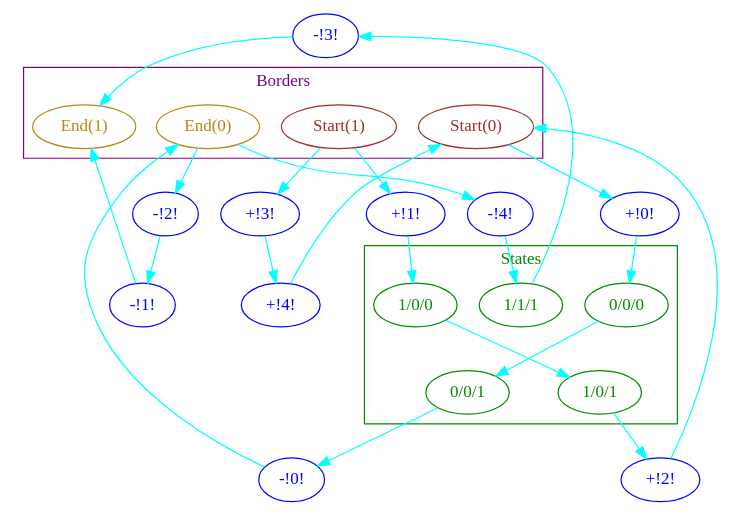
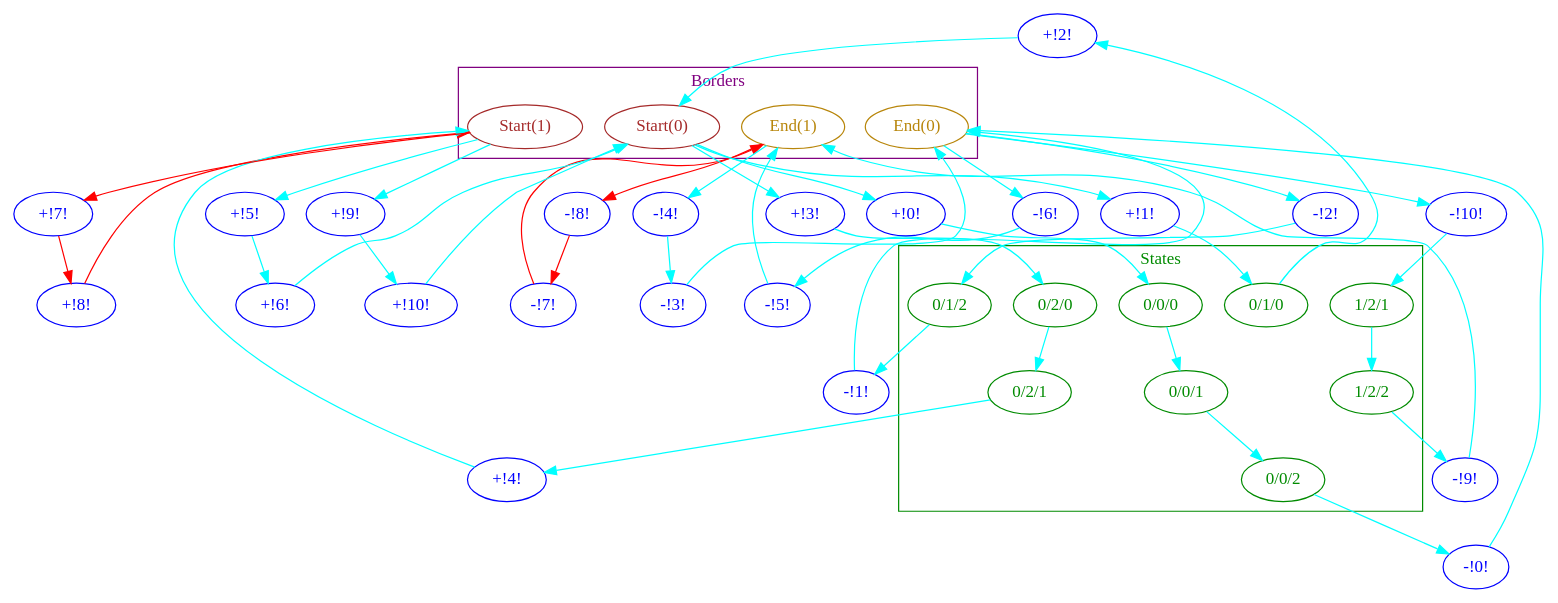
Before and after one commit to cosmicexplorer/simultaneous-productions: the diagram in graphviz-test-new.dot, drawn with Graphviz. The commit also changed 4 other files, not shown here.

Commit message:
set up for graphviz of parse

```diff
--- a/graphviz-test-new.dot
+++ b/graphviz-test-new.dot
@@ -1,93 +1,165 @@
 digraph test_graph {
   compound = true;
 
-  epsilon_graph_vertex_phase_2_1[label="+!0!", color="blue", fontcolor="blue", ];
+  cyclic_epsilon_graph_vertex_1[label="+!7!", color="blue", fontcolor="blue", ];
 
-  epsilon_graph_vertex_phase_2_4[label="+!1!", color="blue", fontcolor="blue", ];
+  cyclic_epsilon_graph_vertex_2[label="+!8!", color="blue", fontcolor="blue", ];
 
-  epsilon_graph_vertex_phase_2_9[label="-!3!", color="blue", fontcolor="blue", ];
+  cyclic_epsilon_graph_vertex_4[label="-!8!", color="blue", fontcolor="blue", ];
 
-  epsilon_graph_vertex_phase_2_11[label="-!0!", color="blue", fontcolor="blue", ];
+  cyclic_epsilon_graph_vertex_5[label="-!7!", color="blue", fontcolor="blue", ];
 
-  epsilon_graph_vertex_phase_2_13[label="+!3!", color="blue", fontcolor="blue", ];
+  cyclic_epsilon_graph_vertex_7[label="+!2!", color="blue", fontcolor="blue", ];
 
-  epsilon_graph_vertex_phase_2_14[label="+!4!", color="blue", fontcolor="blue", ];
+  cyclic_epsilon_graph_vertex_9[label="+!1!", color="blue", fontcolor="blue", ];
 
-  epsilon_graph_vertex_phase_2_15[label="-!4!", color="blue", fontcolor="blue", ];
+  cyclic_epsilon_graph_vertex_11[label="-!1!", color="blue", fontcolor="blue", ];
 
-  epsilon_graph_vertex_phase_2_16[label="+!2!", color="blue", fontcolor="blue", ];
+  cyclic_epsilon_graph_vertex_13[label="-!2!", color="blue", fontcolor="blue", ];
 
-  epsilon_graph_vertex_phase_2_17[label="-!2!", color="blue", fontcolor="blue", ];
+  cyclic_epsilon_graph_vertex_14[label="-!4!", color="blue", fontcolor="blue", ];
 
-  epsilon_graph_vertex_phase_2_18[label="-!1!", color="blue", fontcolor="blue", ];
+  cyclic_epsilon_graph_vertex_15[label="-!3!", color="blue", fontcolor="blue", ];
+
+  cyclic_epsilon_graph_vertex_16[label="-!6!", color="blue", fontcolor="blue", ];
+
+  cyclic_epsilon_graph_vertex_17[label="-!5!", color="blue", fontcolor="blue", ];
+
+  epsilon_graph_vertex_phase_2_0[label="+!0!", color="blue", fontcolor="blue", ];
+
+  epsilon_graph_vertex_phase_2_2[label="+!3!", color="blue", fontcolor="blue", ];
+
+  epsilon_graph_vertex_phase_2_9[label="+!5!", color="blue", fontcolor="blue", ];
+
+  epsilon_graph_vertex_phase_2_10[label="+!6!", color="blue", fontcolor="blue", ];
+
+  epsilon_graph_vertex_phase_2_11[label="+!9!", color="blue", fontcolor="blue", ];
+
+  epsilon_graph_vertex_phase_2_12[label="+!10!", color="blue", fontcolor="blue", ];
+
+  epsilon_graph_vertex_phase_2_13[label="-!9!", color="blue", fontcolor="blue", ];
+
+  epsilon_graph_vertex_phase_2_14[label="-!0!", color="blue", fontcolor="blue", ];
+
+  epsilon_graph_vertex_phase_2_15[label="-!10!", color="blue", fontcolor="blue", ];
+
+  epsilon_graph_vertex_phase_2_16[label="+!4!", color="blue", fontcolor="blue", ];
 
   subgraph border_vertices {
     label = "Borders";
     cluster = true;
     rank = same;
 
     color = "purple";
     fontcolor = "purple";
 
-    epsilon_graph_vertex_phase_2_0[label="Start(0)", color="brown", fontcolor="brown", ];
-    epsilon_graph_vertex_phase_2_3[label="Start(1)", color="brown", fontcolor="brown", ];
-    epsilon_graph_vertex_phase_2_10[label="End(1)", color="darkgoldenrod", fontcolor="darkgoldenrod", ];
-    epsilon_graph_vertex_phase_2_12[label="End(0)", color="darkgoldenrod", fontcolor="darkgoldenrod", ];
+    cyclic_epsilon_graph_vertex_0[label="Start(1)", color="brown", fontcolor="brown", ];
+    cyclic_epsilon_graph_vertex_3[label="End(1)", color="darkgoldenrod", fontcolor="darkgoldenrod", ];
+    cyclic_epsilon_graph_vertex_8[label="Start(0)", color="brown", fontcolor="brown", ];
+    cyclic_epsilon_graph_vertex_12[label="End(0)", color="darkgoldenrod", fontcolor="darkgoldenrod", ];
   }
 
   subgraph state_vertices {
     label = "States";
     cluster = true;
     rank = same;
 
     color = "green4";
     fontcolor = "green4";
     node [color="green4", fontcolor="green4", ];
 
-    epsilon_graph_vertex_phase_2_2[label="0/0/0", ];
-    epsilon_graph_vertex_phase_2_5[label="1/0/0", ];
-    epsilon_graph_vertex_phase_2_6[label="0/0/1", ];
-    epsilon_graph_vertex_phase_2_7[label="1/0/1", ];
-    epsilon_graph_vertex_phase_2_8[label="1/1/1", ];
+    cyclic_epsilon_graph_vertex_6[label="0/1/0", ];
+    cyclic_epsilon_graph_vertex_10[label="0/1/2", ];
+    epsilon_graph_vertex_phase_2_1[label="0/0/0", ];
+    epsilon_graph_vertex_phase_2_3[label="0/2/0", ];
+    epsilon_graph_vertex_phase_2_4[label="0/0/1", ];
+    epsilon_graph_vertex_phase_2_5[label="0/2/1", ];
+    epsilon_graph_vertex_phase_2_6[label="1/2/1", ];
+    epsilon_graph_vertex_phase_2_7[label="1/2/2", ];
+    epsilon_graph_vertex_phase_2_8[label="0/0/2", ];
   }
+
+  cyclic_epsilon_graph_vertex_8 -> epsilon_graph_vertex_phase_2_0[color="aqua", ];
 
   epsilon_graph_vertex_phase_2_0 -> epsilon_graph_vertex_phase_2_1[color="aqua", ];
 
-  epsilon_graph_vertex_phase_2_1 -> epsilon_graph_vertex_phase_2_2[color="aqua", ];
+  cyclic_epsilon_graph_vertex_8 -> cyclic_epsilon_graph_vertex_9[color="aqua", ];
 
-  epsilon_graph_vertex_phase_2_3 -> epsilon_graph_vertex_phase_2_4[color="aqua", ];
+  cyclic_epsilon_graph_vertex_9 -> cyclic_epsilon_graph_vertex_6[color="aqua", ];
 
-  epsilon_graph_vertex_phase_2_4 -> epsilon_graph_vertex_phase_2_5[color="aqua", ];
+  cyclic_epsilon_graph_vertex_8 -> epsilon_graph_vertex_phase_2_2[color="aqua", ];
 
-  epsilon_graph_vertex_phase_2_2 -> epsilon_graph_vertex_phase_2_6[color="aqua", ];
+  epsilon_graph_vertex_phase_2_2 -> epsilon_graph_vertex_phase_2_3[color="aqua", ];
 
-  epsilon_graph_vertex_phase_2_5 -> epsilon_graph_vertex_phase_2_7[color="aqua", ];
+  epsilon_graph_vertex_phase_2_1 -> epsilon_graph_vertex_phase_2_4[color="aqua", ];
 
-  epsilon_graph_vertex_phase_2_8 -> epsilon_graph_vertex_phase_2_9[color="aqua", ];
+  epsilon_graph_vertex_phase_2_3 -> epsilon_graph_vertex_phase_2_5[color="aqua", ];
+
+  epsilon_graph_vertex_phase_2_6 -> epsilon_graph_vertex_phase_2_7[color="aqua", ];
+
+  epsilon_graph_vertex_phase_2_4 -> epsilon_graph_vertex_phase_2_8[color="aqua", ];
+
+  cyclic_epsilon_graph_vertex_10 -> cyclic_epsilon_graph_vertex_11[color="aqua", ];
+
+  cyclic_epsilon_graph_vertex_11 -> cyclic_epsilon_graph_vertex_12[color="aqua", ];
+
+  cyclic_epsilon_graph_vertex_0 -> epsilon_graph_vertex_phase_2_9[color="aqua", ];
 
   epsilon_graph_vertex_phase_2_9 -> epsilon_graph_vertex_phase_2_10[color="aqua", ];
 
-  epsilon_graph_vertex_phase_2_6 -> epsilon_graph_vertex_phase_2_11[color="aqua", ];
+  epsilon_graph_vertex_phase_2_10 -> cyclic_epsilon_graph_vertex_8[color="aqua", ];
+
+  cyclic_epsilon_graph_vertex_0 -> epsilon_graph_vertex_phase_2_11[color="aqua", ];
 
   epsilon_graph_vertex_phase_2_11 -> epsilon_graph_vertex_phase_2_12[color="aqua", ];
 
-  epsilon_graph_vertex_phase_2_3 -> epsilon_graph_vertex_phase_2_13[color="aqua", ];
+  epsilon_graph_vertex_phase_2_12 -> cyclic_epsilon_graph_vertex_8[color="aqua", ];
 
-  epsilon_graph_vertex_phase_2_13 -> epsilon_graph_vertex_phase_2_14[color="aqua", ];
+  epsilon_graph_vertex_phase_2_7 -> epsilon_graph_vertex_phase_2_13[color="aqua", ];
 
-  epsilon_graph_vertex_phase_2_14 -> epsilon_graph_vertex_phase_2_0[color="aqua", ];
+  epsilon_graph_vertex_phase_2_13 -> cyclic_epsilon_graph_vertex_3[color="aqua", ];
 
-  epsilon_graph_vertex_phase_2_12 -> epsilon_graph_vertex_phase_2_15[color="aqua", ];
+  epsilon_graph_vertex_phase_2_8 -> epsilon_graph_vertex_phase_2_14[color="aqua", ];
 
-  epsilon_graph_vertex_phase_2_15 -> epsilon_graph_vertex_phase_2_8[color="aqua", ];
+  epsilon_graph_vertex_phase_2_14 -> cyclic_epsilon_graph_vertex_12[color="aqua", ];
 
-  epsilon_graph_vertex_phase_2_7 -> epsilon_graph_vertex_phase_2_16[color="aqua", ];
+  cyclic_epsilon_graph_vertex_6 -> cyclic_epsilon_graph_vertex_7[color="aqua", ];
 
-  epsilon_graph_vertex_phase_2_16 -> epsilon_graph_vertex_phase_2_0[color="aqua", ];
+  cyclic_epsilon_graph_vertex_7 -> cyclic_epsilon_graph_vertex_8[color="aqua", ];
 
-  epsilon_graph_vertex_phase_2_12 -> epsilon_graph_vertex_phase_2_17[color="aqua", ];
+  cyclic_epsilon_graph_vertex_12 -> epsilon_graph_vertex_phase_2_15[color="aqua", ];
 
-  epsilon_graph_vertex_phase_2_17 -> epsilon_graph_vertex_phase_2_18[color="aqua", ];
+  epsilon_graph_vertex_phase_2_15 -> epsilon_graph_vertex_phase_2_6[color="aqua", ];
 
-  epsilon_graph_vertex_phase_2_18 -> epsilon_graph_vertex_phase_2_10[color="aqua", ];
+  cyclic_epsilon_graph_vertex_12 -> cyclic_epsilon_graph_vertex_16[color="aqua", ];
+
+  cyclic_epsilon_graph_vertex_16 -> cyclic_epsilon_graph_vertex_17[color="aqua", ];
+
+  cyclic_epsilon_graph_vertex_17 -> cyclic_epsilon_graph_vertex_3[color="aqua", ];
+
+  cyclic_epsilon_graph_vertex_12 -> cyclic_epsilon_graph_vertex_13[color="aqua", ];
+
+  cyclic_epsilon_graph_vertex_13 -> cyclic_epsilon_graph_vertex_10[color="aqua", ];
+
+  cyclic_epsilon_graph_vertex_3 -> cyclic_epsilon_graph_vertex_14[color="aqua", ];
+
+  cyclic_epsilon_graph_vertex_14 -> cyclic_epsilon_graph_vertex_15[color="aqua", ];
+
+  cyclic_epsilon_graph_vertex_15 -> cyclic_epsilon_graph_vertex_12[color="aqua", ];
+
+  epsilon_graph_vertex_phase_2_5 -> epsilon_graph_vertex_phase_2_16[color="aqua", ];
+
+  epsilon_graph_vertex_phase_2_16 -> cyclic_epsilon_graph_vertex_0[color="aqua", ];
+
+  cyclic_epsilon_graph_vertex_0 -> cyclic_epsilon_graph_vertex_1[color="red", ];
+
+  cyclic_epsilon_graph_vertex_1 -> cyclic_epsilon_graph_vertex_2[color="red", ];
+
+  cyclic_epsilon_graph_vertex_2 -> cyclic_epsilon_graph_vertex_0[color="red", ];
+
+  cyclic_epsilon_graph_vertex_3 -> cyclic_epsilon_graph_vertex_4[color="red", ];
+
+  cyclic_epsilon_graph_vertex_4 -> cyclic_epsilon_graph_vertex_5[color="red", ];
+
+  cyclic_epsilon_graph_vertex_5 -> cyclic_epsilon_graph_vertex_3[color="red", ];
 }
```
